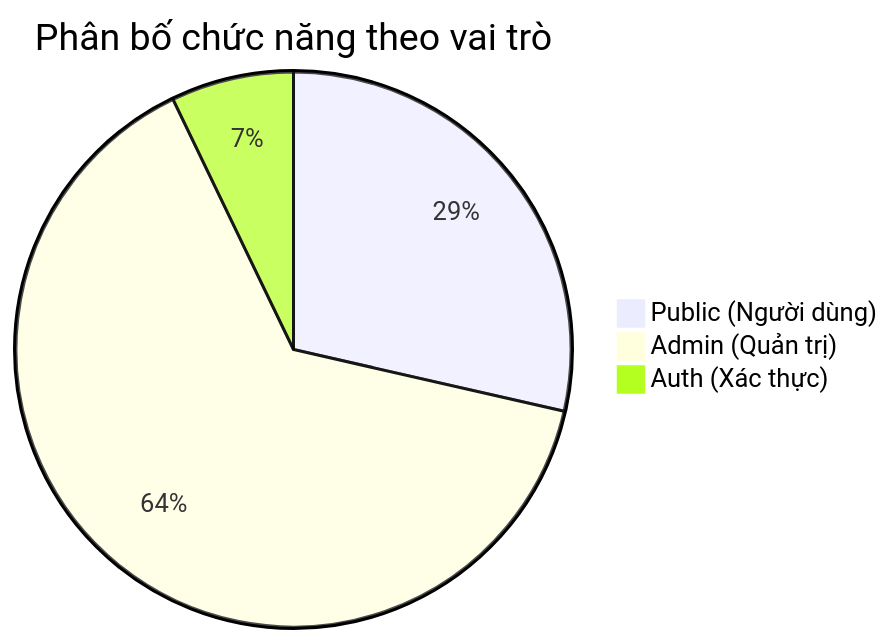
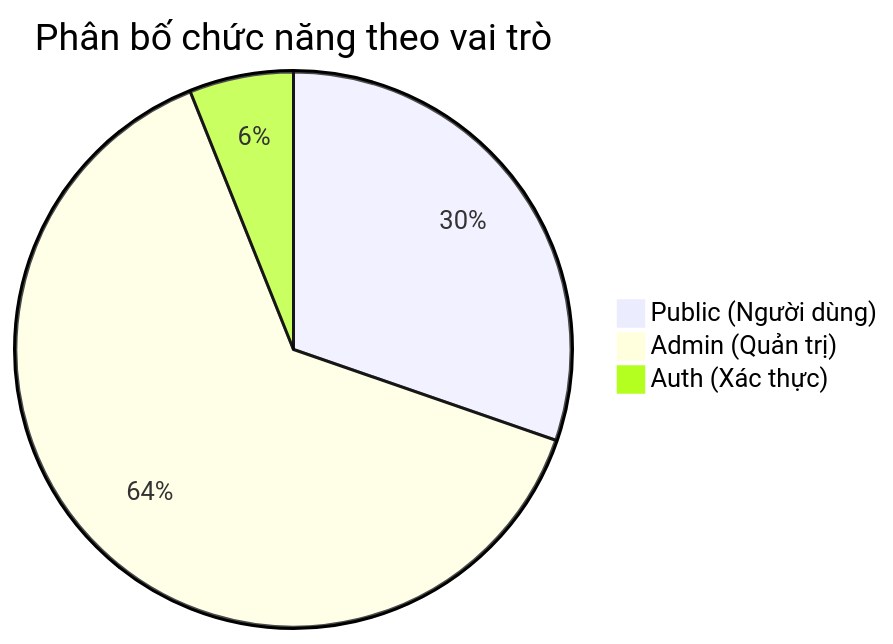
One commit to Kandesfx/TravelMind changed the third of 3 diagrams in docs/06_dac_ta_chuc_nang.md. Above: the diagram before and after it, drawn with Mermaid. The commit also changed other lines of this file and 26 other files, not shown here.

````diff
--- a/docs/06_dac_ta_chuc_nang.md
+++ b/docs/06_dac_ta_chuc_nang.md
@@ -556,6 +556,6 @@
 ```mermaid
 pie title Phân bố chức năng theo vai trò
-    "Public (Người dùng)" : 8
-    "Admin (Quản trị)" : 18
+    "Public (Người dùng)" : 10
+    "Admin (Quản trị)" : 21
     "Auth (Xác thực)" : 2
 ```
````
